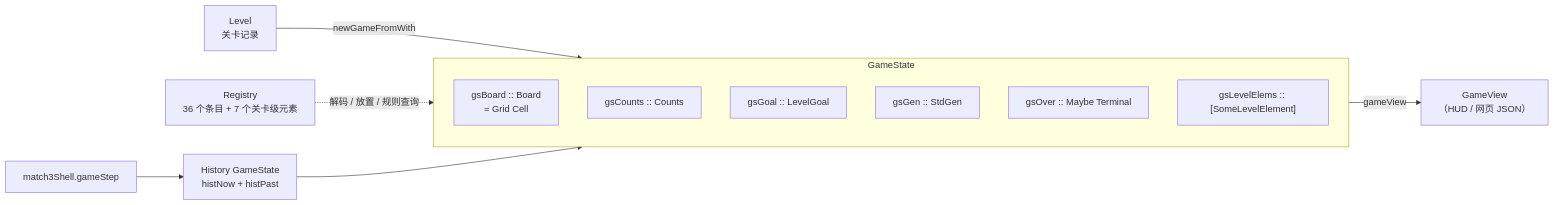
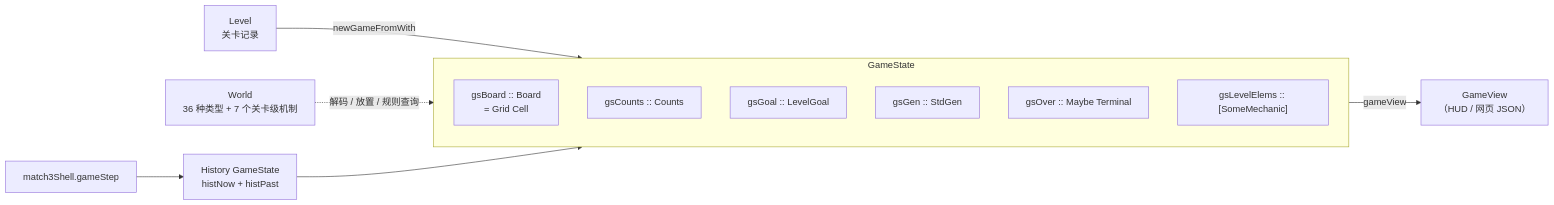
Before and after one commit to exsabersac/match3: the diagram in docs/guide/02-核心数据模型.md, drawn with Mermaid. The commit also changed other lines of this file and 9 other files, not shown here.

Commit message:
元素类重构第 6 刀（中）：guide 04 改写为能力类 / Kind / Layer / World / Mechanic，architecture / testing / guide 01–03、07–09 同步（476 个）

````diff
--- a/docs/guide/02-核心数据模型.md
+++ b/docs/guide/02-核心数据模型.md
@@ -253,17 +257,17 @@
 ```mermaid
 flowchart LR
   Level["Level<br/>关卡记录"] -->|newGameFromWith| GS
-  Reg["Registry<br/>36 个条目 + 7 个关卡级元素"] -.->|解码 / 放置 / 规则查询| GS
+  Reg["World<br/>36 种类型 + 7 个关卡级机制"] -.->|解码 / 放置 / 规则查询| GS
   subgraph GS["GameState"]
     direction TB
     Board["gsBoard :: Board<br/>= Grid Cell"]
     Counts["gsCounts :: Counts"]
     Goal["gsGoal :: LevelGoal"]
     Gen["gsGen :: StdGen"]
     Over["gsOver :: Maybe Terminal"]
-    Elems["gsLevelElems :: [SomeLevelElement]"]
+    Elems["gsLevelElems :: [SomeMechanic]"]
   end
   GS -->|"gameView"| View["GameView<br/>（HUD / 网页 JSON）"]
   Hist["History GameState<br/>histNow + histPast"] --> GS
   Shell["match3Shell.gameStep"] --> Hist
 ```
````
